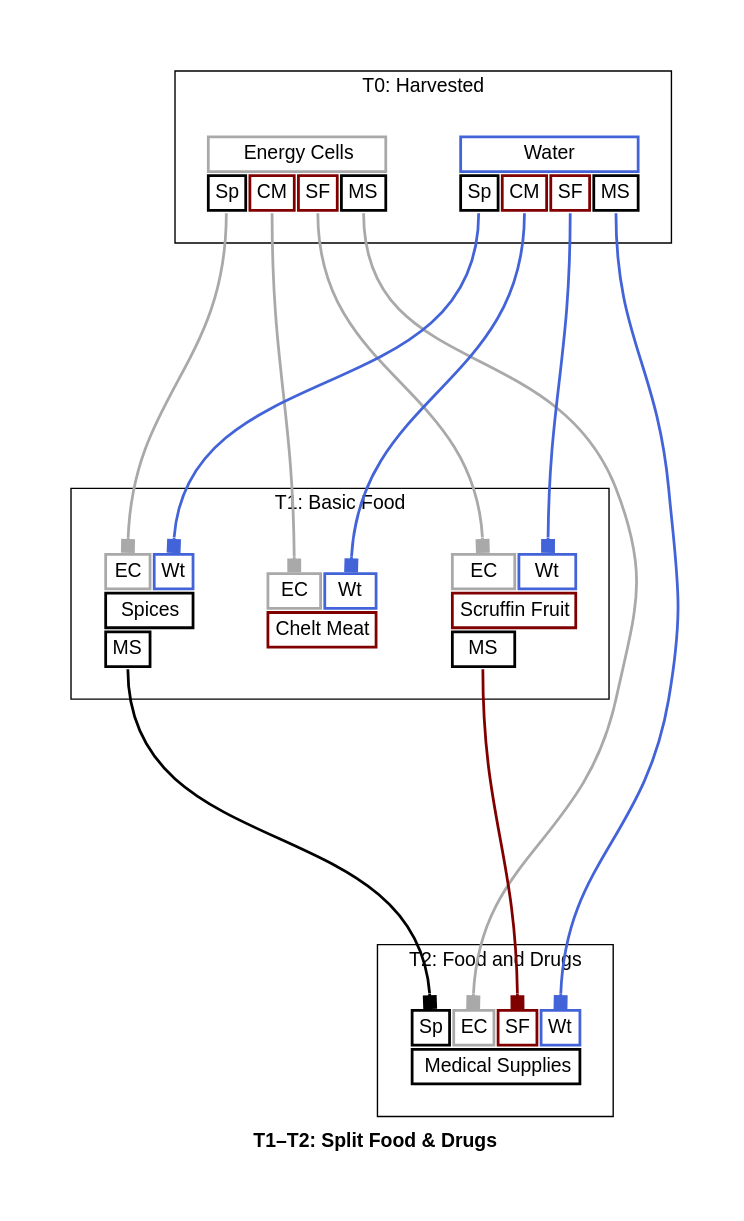
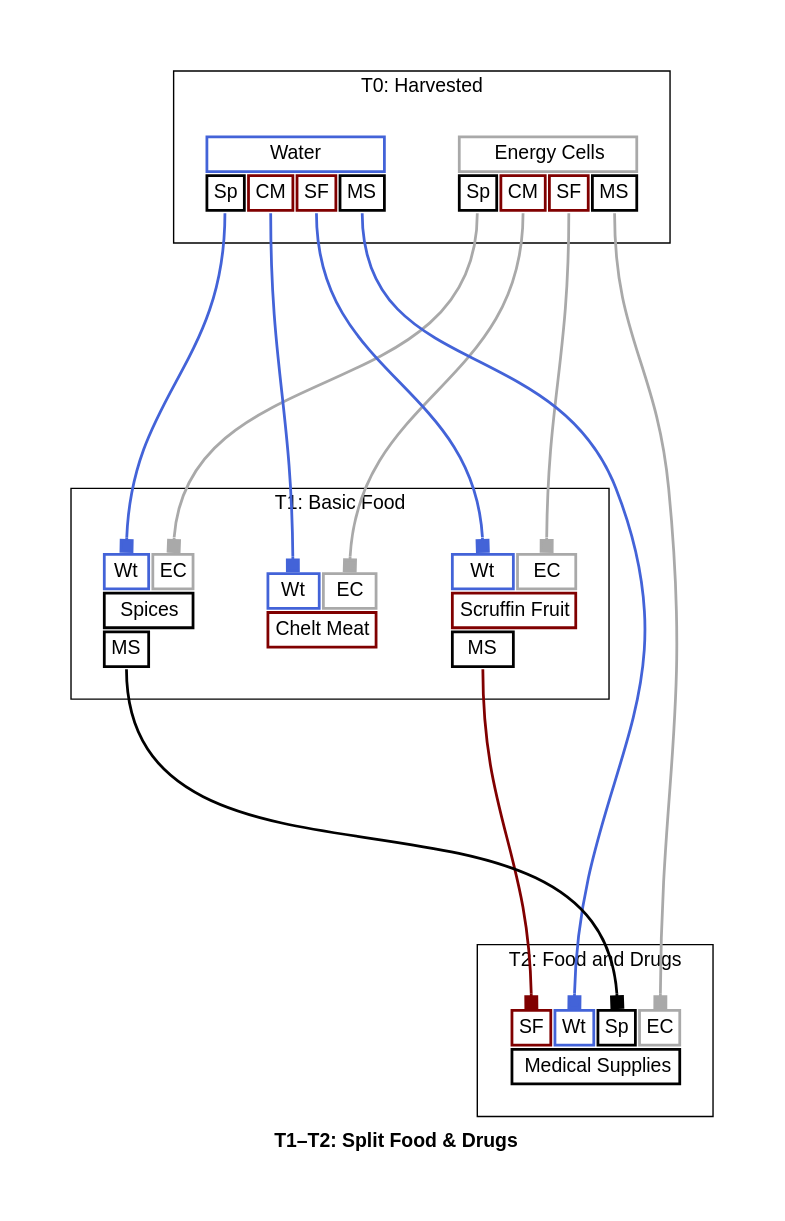
Before and after one commit to borntyping/x4-diagrams: the diagram in docs/t1_t2_split_food_drugs_graph_full.dot, drawn with Graphviz. The commit also changed other lines of this file and 46 other files, not shown here.

First line of the commit message:
Fix weird highlighting in the sankey diagram

```diff
--- a/docs/t1_t2_split_food_drugs_graph_full.dot
+++ b/docs/t1_t2_split_food_drugs_graph_full.dot
@@ -1,141 +1,141 @@
 digraph "X4 Economy" {
 	edge [arrowType=normal]
 	compound=true fontname="Helvetica,Arial,sans-serif"
 	label=<<b>T1–T2: Split Food &amp; Drugs</b>>
 	graph [nodesep=0.3 pad=0.5 ranksep=3]
 	node [color=slategray1 fontname="Helvetica,Arial,sans-serif" margin=0.2 penwidth=2.0 shape=plaintext]
 	edge [arrowhead=normal arrowsize=1.0 fontname="Helvetica,Arial,sans-serif" headport=n penwidth=2.0 tailport=s]
 	subgraph 0 {
 		cluster=true label="T0: Harvested"
 		energy_cells [label=<<table border="0" cellborder="2" cellpadding="4" cellspacing="1" fixedsize="false" id="energy_cells" port="output">
   
   <tr>
     <td align="text" bgcolor="white" color="#a9a9a9" colspan="4">Energy Cells</td>
   </tr>
   
     <tr>
       
         <td align="text" bgcolor="white" color="#000000" port="spices">Sp</td>
       
         <td align="text" bgcolor="white" color="#800000" port="chelt_meat">CM</td>
       
         <td align="text" bgcolor="white" color="#800000" port="scruffin_fruits">SF</td>
       
         <td align="text" bgcolor="white" color="#000000" port="medical_supplies">MS</td>
       
     </tr>
   
 </table>>]
 		water [label=<<table border="0" cellborder="2" cellpadding="4" cellspacing="1" fixedsize="false" id="water" port="output">
   
   <tr>
     <td align="text" bgcolor="white" color="#4363d8" colspan="4">Water</td>
   </tr>
   
     <tr>
       
         <td align="text" bgcolor="white" color="#000000" port="spices">Sp</td>
       
         <td align="text" bgcolor="white" color="#800000" port="chelt_meat">CM</td>
       
         <td align="text" bgcolor="white" color="#800000" port="scruffin_fruits">SF</td>
       
         <td align="text" bgcolor="white" color="#000000" port="medical_supplies">MS</td>
       
     </tr>
   
 </table>>]
 	}
 	subgraph 1 {
 		cluster=true label="T1: Basic Food"
 		chelt_meat [label=<<table border="0" cellborder="2" cellpadding="4" cellspacing="1" fixedsize="false" id="chelt_meat" port="output">
   
     <tr>
       
+        <td align="text" bgcolor="white" color="#4363d8" port="water">Wt</td>
+      
         <td align="text" bgcolor="white" color="#a9a9a9" port="energy_cells">EC</td>
-      
-        <td align="text" bgcolor="white" color="#4363d8" port="water">Wt</td>
       
     </tr>
   
   <tr>
     <td align="text" bgcolor="white" color="#800000" colspan="2">Chelt Meat</td>
   </tr>
   
 </table>>]
 		scruffin_fruits [label=<<table border="0" cellborder="2" cellpadding="4" cellspacing="1" fixedsize="false" id="scruffin_fruits" port="output">
   
     <tr>
       
+        <td align="text" bgcolor="white" color="#4363d8" port="water">Wt</td>
+      
         <td align="text" bgcolor="white" color="#a9a9a9" port="energy_cells">EC</td>
-      
-        <td align="text" bgcolor="white" color="#4363d8" port="water">Wt</td>
       
     </tr>
   
   <tr>
     <td align="text" bgcolor="white" color="#800000" colspan="2">Scruffin Fruit</td>
   </tr>
   
     <tr>
       
         <td align="text" bgcolor="white" color="#000000" port="medical_supplies">MS</td>
       
     </tr>
   
 </table>>]
 		spices [label=<<table border="0" cellborder="2" cellpadding="4" cellspacing="1" fixedsize="false" id="spices" port="output">
   
     <tr>
       
+        <td align="text" bgcolor="white" color="#4363d8" port="water">Wt</td>
+      
         <td align="text" bgcolor="white" color="#a9a9a9" port="energy_cells">EC</td>
-      
-        <td align="text" bgcolor="white" color="#4363d8" port="water">Wt</td>
       
     </tr>
   
   <tr>
     <td align="text" bgcolor="white" color="#000000" colspan="2">Spices</td>
   </tr>
   
     <tr>
       
         <td align="text" bgcolor="white" color="#000000" port="medical_supplies">MS</td>
       
     </tr>
   
 </table>>]
 	}
 	subgraph 2 {
 		cluster=true label="T2: Food and Drugs"
 		medical_supplies [label=<<table border="0" cellborder="2" cellpadding="4" cellspacing="1" fixedsize="false" id="medical_supplies" port="output">
   
     <tr>
       
+        <td align="text" bgcolor="white" color="#800000" port="scruffin_fruits">SF</td>
+      
+        <td align="text" bgcolor="white" color="#4363d8" port="water">Wt</td>
+      
         <td align="text" bgcolor="white" color="#000000" port="spices">Sp</td>
       
         <td align="text" bgcolor="white" color="#a9a9a9" port="energy_cells">EC</td>
-      
-        <td align="text" bgcolor="white" color="#800000" port="scruffin_fruits">SF</td>
-      
-        <td align="text" bgcolor="white" color="#4363d8" port="water">Wt</td>
       
     </tr>
   
   <tr>
     <td align="text" bgcolor="white" color="#000000" colspan="4">Medical Supplies</td>
   </tr>
   
 </table>>]
 	}
 	energy_cells:spices:s -> spices:energy_cells:n [arrowhead=box color="#a9a9a9" weight=1.0]
 	water:spices:s -> spices:water:n [arrowhead=box color="#4363d8" weight=1.0]
 	energy_cells:chelt_meat:s -> chelt_meat:energy_cells:n [arrowhead=box color="#a9a9a9" weight=1.0]
 	water:chelt_meat:s -> chelt_meat:water:n [arrowhead=box color="#4363d8" weight=1.0]
 	energy_cells:scruffin_fruits:s -> scruffin_fruits:energy_cells:n [arrowhead=box color="#a9a9a9" weight=1.0]
 	water:scruffin_fruits:s -> scruffin_fruits:water:n [arrowhead=box color="#4363d8" weight=1.0]
 	energy_cells:medical_supplies:s -> medical_supplies:energy_cells:n [arrowhead=box color="#a9a9a9" weight=1.0]
 	scruffin_fruits:medical_supplies:s -> medical_supplies:scruffin_fruits:n [arrowhead=box color="#800000" weight=1.0]
 	spices:medical_supplies:s -> medical_supplies:spices:n [arrowhead=box color="#000000" weight=1.0]
 	water:medical_supplies:s -> medical_supplies:water:n [arrowhead=box color="#4363d8" weight=1.0]
 }
```
